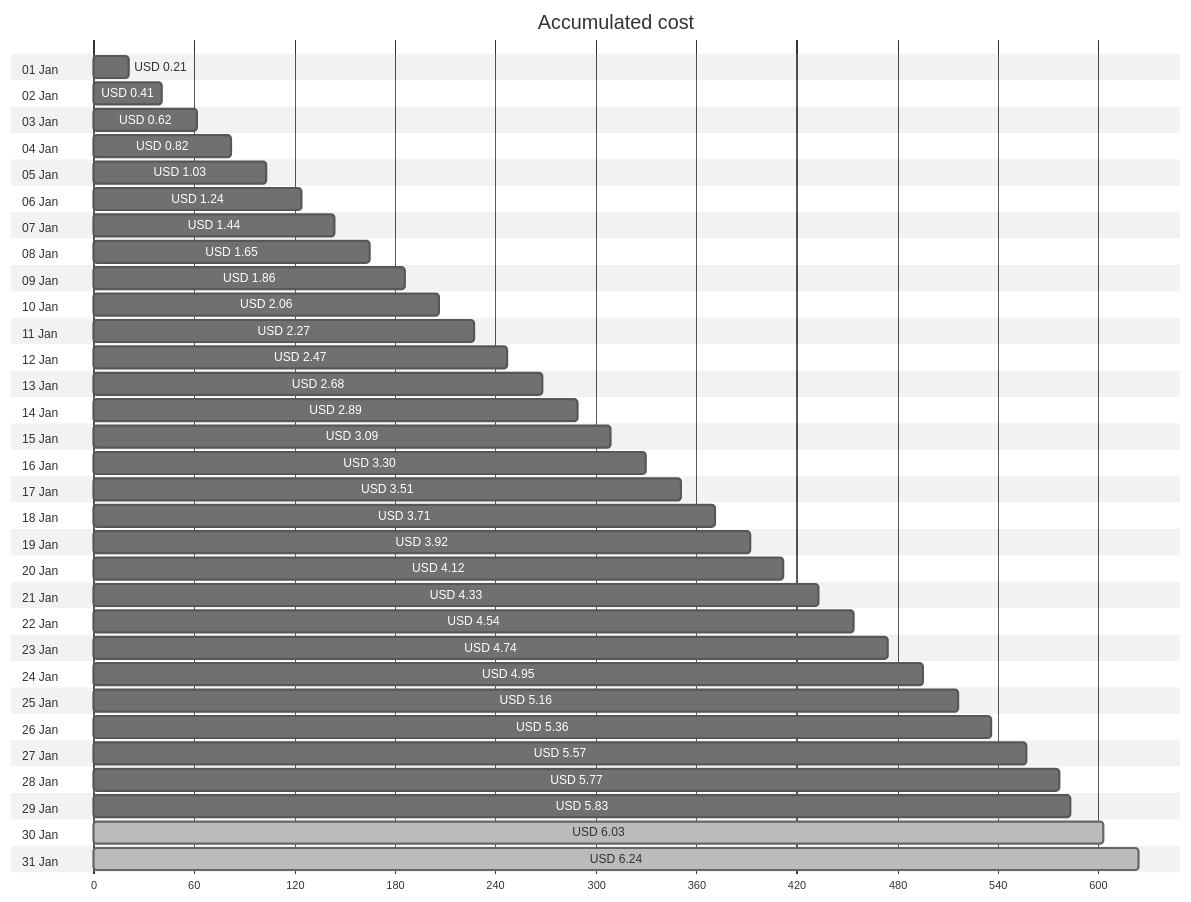
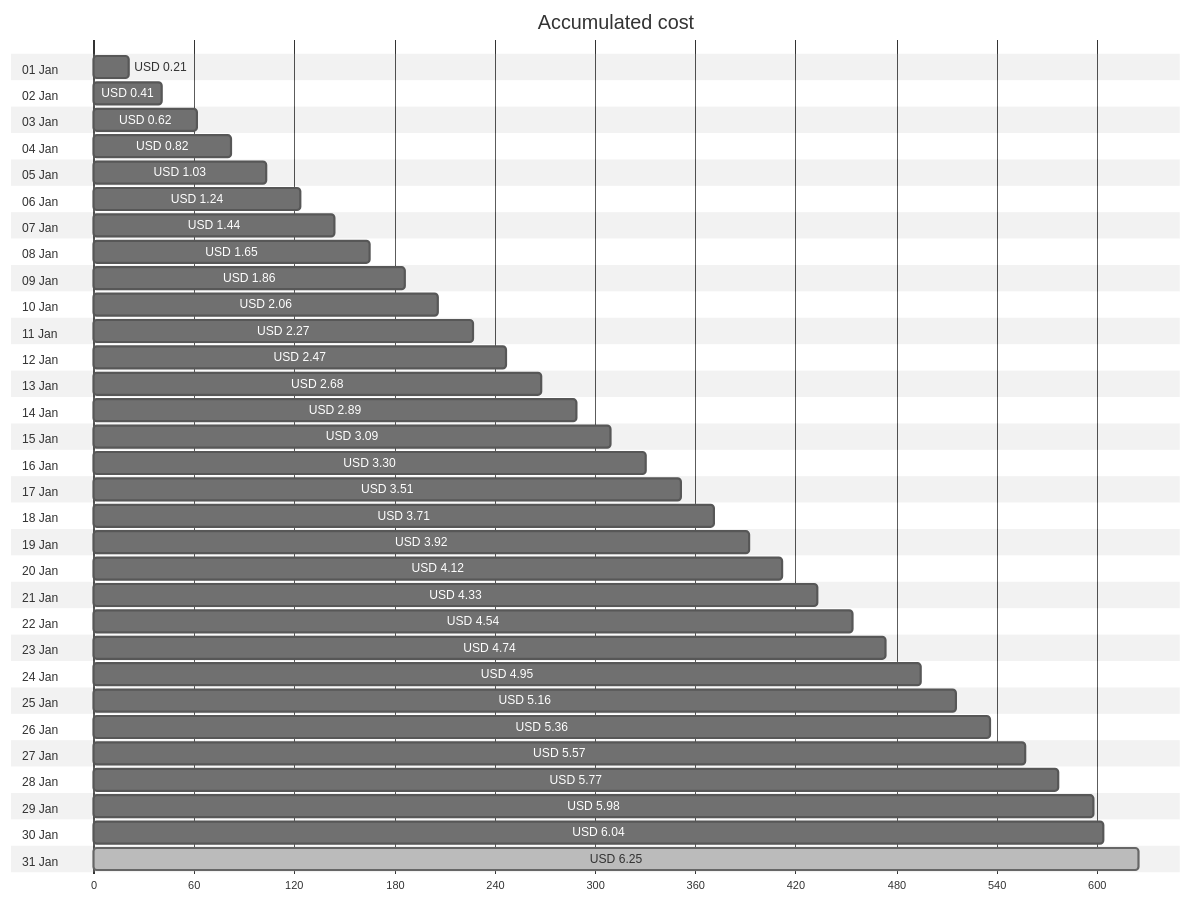
The first of 4 diagrams in cost-reports/personal-network/backup-server.md (jpfulton/azure-personal-reports), drawn with Mermaid (neutral theme) before and after one commit. The commit also changed other lines of this file and 8 other files, not shown here.

````diff
--- a/cost-reports/personal-network/backup-server.md
+++ b/cost-reports/personal-network/backup-server.md
@@ -20,68 +20,68 @@
 ```mermaid
 gantt
    title Accumulated cost
    dateFormat  X
    axisFormat %s
    section 01 Jan
    USD 0.21 :0, 21
    section 02 Jan
    USD 0.41 :0, 41
    section 03 Jan
    USD 0.62 :0, 62
    section 04 Jan
    USD 0.82 :0, 82
    section 05 Jan
    USD 1.03 :0, 103
    section 06 Jan
    USD 1.24 :0, 124
    section 07 Jan
    USD 1.44 :0, 144
    section 08 Jan
    USD 1.65 :0, 165
    section 09 Jan
    USD 1.86 :0, 186
    section 10 Jan
    USD 2.06 :0, 206
    section 11 Jan
    USD 2.27 :0, 227
    section 12 Jan
    USD 2.47 :0, 247
    section 13 Jan
    USD 2.68 :0, 268
    section 14 Jan
    USD 2.89 :0, 289
    section 15 Jan
    USD 3.09 :0, 309
    section 16 Jan
    USD 3.30 :0, 330
    section 17 Jan
    USD 3.51 :0, 351
    section 18 Jan
    USD 3.71 :0, 371
    section 19 Jan
    USD 3.92 :0, 392
    section 20 Jan
    USD 4.12 :0, 412
    section 21 Jan
    USD 4.33 :0, 433
    section 22 Jan
    USD 4.54 :0, 454
    section 23 Jan
    USD 4.74 :0, 474
    section 24 Jan
    USD 4.95 :0, 495
    section 25 Jan
    USD 5.16 :0, 516
    section 26 Jan
    USD 5.36 :0, 536
    section 27 Jan
    USD 5.57 :0, 557
    section 28 Jan
    USD 5.77 :0, 577
    section 29 Jan
-   USD 5.83 :0, 583
+   USD 5.98 :0, 598
    section 30 Jan
-   USD 6.03 : done, 0, 603
+   USD 6.04 :0, 604
    section 31 Jan
-   USD 6.24 : done, 0, 624
+   USD 6.25 : done, 0, 625
 ```
````
